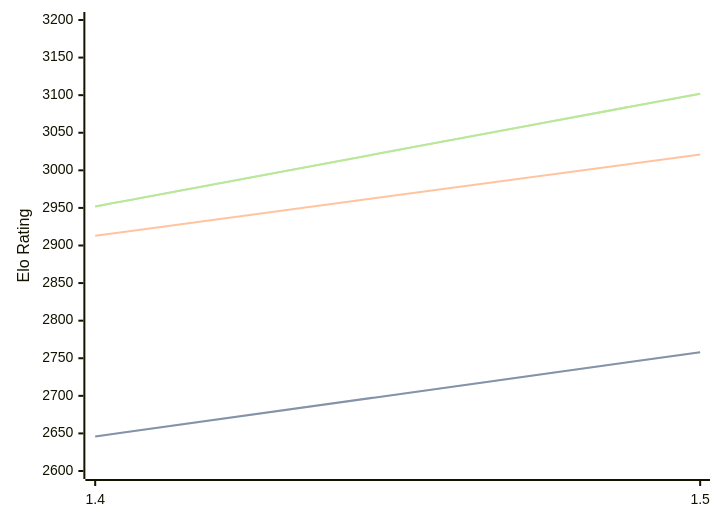
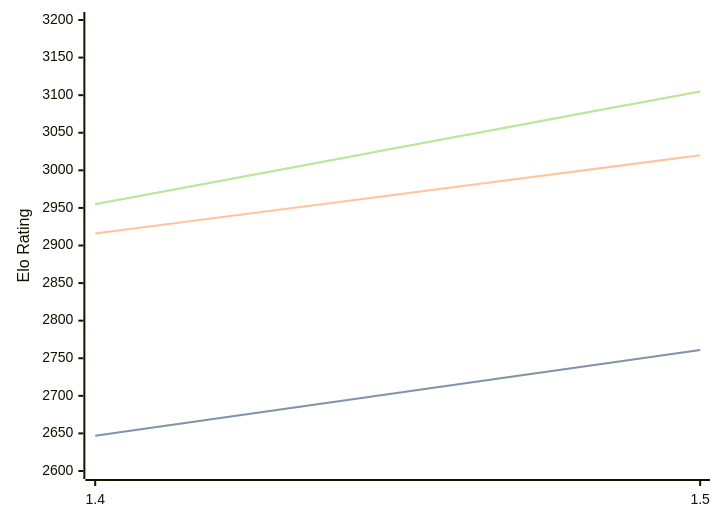
One commit to computer-chess-index/cci changed the diagram in engines/Yakka.md. Above: the diagram before and after it, drawn with Mermaid. The commit also changed other lines of this file, not shown here.

Commit message:
Update CCI Ratings (ELO VLTC) - 2026-08-23

````diff
--- a/engines/Yakka.md
+++ b/engines/Yakka.md
@@ -32,11 +32,11 @@
 ```mermaid
 %%{init: {"theme":"base","themeVariables":{"seriesColors:['#a3a3a3','#222221','#faa371']}}}%%
 xychart-beta
   x-axis ["1.4", "1.5"]
   y-axis "Elo Rating" 2600 --> 3200
-  line "STC (8.0+0.08s)" [2646, 2758]
-  line "STC (8.0+0.08s)" [2646, 2758]
-  line "LTC (60.0+0.60s)" [2913, 3021]
-  line "VLTC (2m24s+1.12s)" [2952, 3102]
-  line "VLTC (2m24s+1.12s)" [2952, 3102]
+  line "STC (8.0+0.08s)" [2647, 2761]
+  line "STC (8.0+0.08s)" [2647, 2761]
+  line "LTC (60.0+0.60s)" [2916, 3020]
+  line "VLTC (2m24s+1.12s)" [2955, 3105]
+  line "VLTC (2m24s+1.12s)" [2955, 3105]
 ```
````
